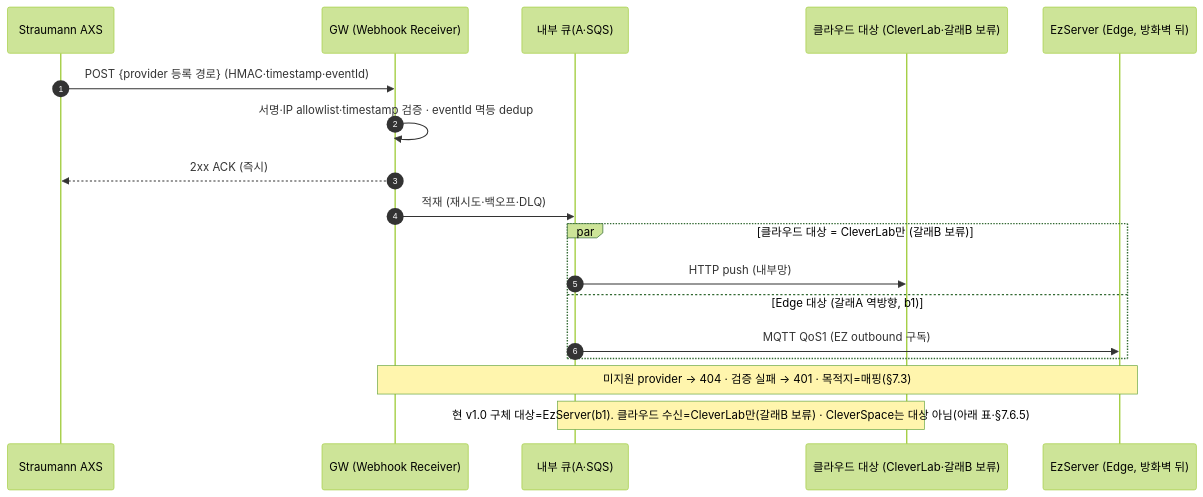
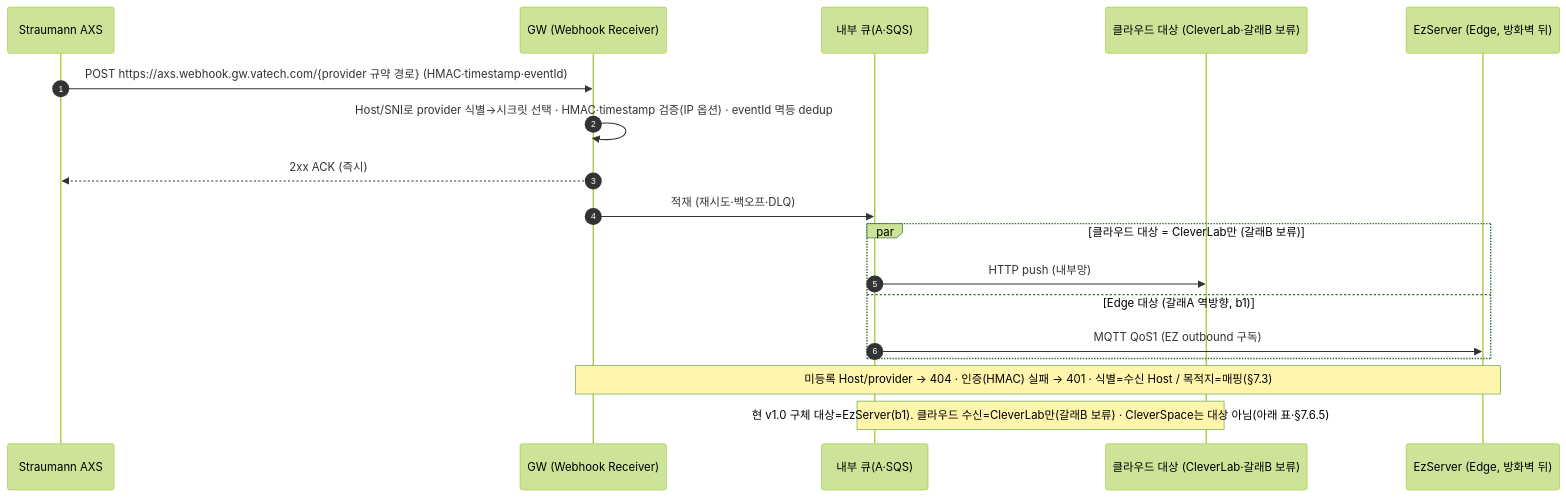
Before and after one commit to gracegyu/scp-architecture: the tenth of 11 diagrams in docs/VT_API_Gateway/08.VT_API_Gateway/specs/03-srs-gateway/SRS.md, drawn with Mermaid (forest theme). The commit also changed other lines of this file and 3 other files, not shown here.

Commit message:
문서 업데이트: VT API Gateway의 SRS 문서에서 Webhook 수신 및 인증 방식을 개선하고, provider별 전용 호스트를 통한 발신자 식별 및 HMAC 인증 방식을 명확히 하여 시스템 설계의 일관성을 강화하였습니다. 또한, 관련 DBML 및 OpenAPI 문서에서 수신 경로 및 형식의 유연성을 강조하고, 인증 및 식별의 분리를 명시하여 외부 연동의 신뢰성을 높였습니다.

````diff
--- a/docs/VT_API_Gateway/08.VT_API_Gateway/specs/03-srs-gateway/SRS.md
+++ b/docs/VT_API_Gateway/08.VT_API_Gateway/specs/03-srs-gateway/SRS.md
@@ -496,20 +496,20 @@
 ```mermaid
 sequenceDiagram
     autonumber
     participant AXS as Straumann AXS
     participant WH as GW (Webhook Receiver)
     participant Q as 내부 큐(A·SQS)
     participant CL as 클라우드 대상 (CleverLab·갈래B 보류)
     participant EZ as EzServer (Edge, 방화벽 뒤)
-    AXS->>WH: POST {provider 등록 경로} (HMAC·timestamp·eventId)
-    WH->>WH: 서명·IP allowlist·timestamp 검증 · eventId 멱등 dedup
+    AXS->>WH: POST https://axs.webhook.gw.vatech.com/{provider 규약 경로} (HMAC·timestamp·eventId)
+    WH->>WH: Host/SNI로 provider 식별→시크릿 선택 · HMAC·timestamp 검증(IP 옵션) · eventId 멱등 dedup
     WH-->>AXS: 2xx ACK (즉시)
     WH->>Q: 적재 (재시도·백오프·DLQ)
     par 클라우드 대상 = CleverLab만 (갈래B 보류)
         Q->>CL: HTTP push (내부망)
     and Edge 대상 (갈래A 역방향, b1)
         Q->>EZ: MQTT QoS1 (EZ outbound 구독)
     end
-    Note over WH,EZ: 미지원 provider → 404 · 검증 실패 → 401 · 목적지=매핑(§7.3)
+    Note over WH,EZ: 미등록 Host/provider → 404 · 인증(HMAC) 실패 → 401 · 식별=수신 Host / 목적지=매핑(§7.3)
     Note over Q,CL: 현 v1.0 구체 대상=EzServer(b1). 클라우드 수신=CleverLab만(갈래B 보류) · CleverSpace는 대상 아님(아래 표·§7.6.5)
 ```
````
